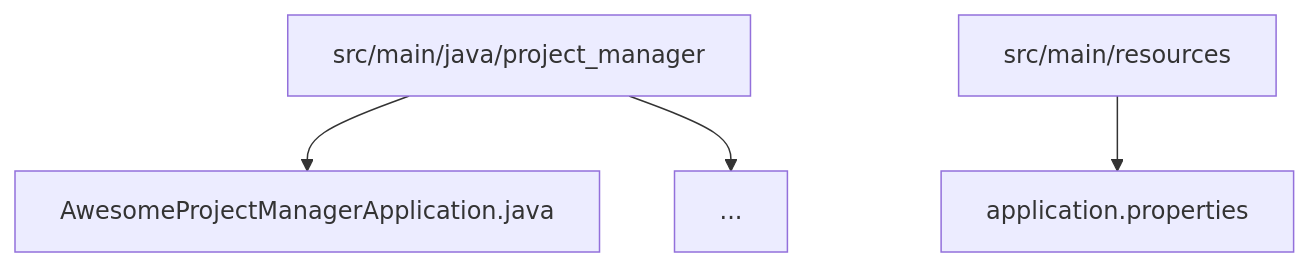
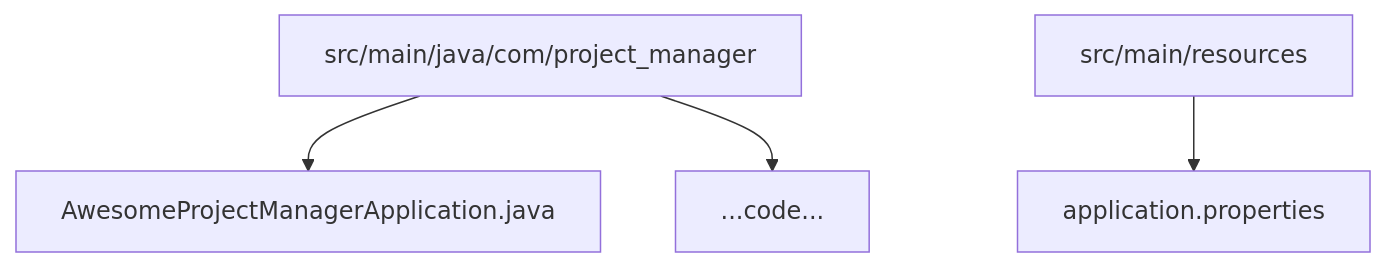
Before and after one commit to lgarbayo/project-manager-API-Rest: the second of 2 diagrams in README.md, drawn with Mermaid.

Commit message:
Update project structure in README with correct paths

````diff
--- a/README.md
+++ b/README.md
@@ -33,8 +33,8 @@
 ```mermaid
 graph TD
-  A[src/main/java/project_manager]
+  A[src/main/java/com/project_manager]
   A --> B[AwesomeProjectManagerApplication.java]
-  A --> C[...]
+  A --> C[...code...]
   D[src/main/resources]
   D --> D1[application.properties]
 ```
````
